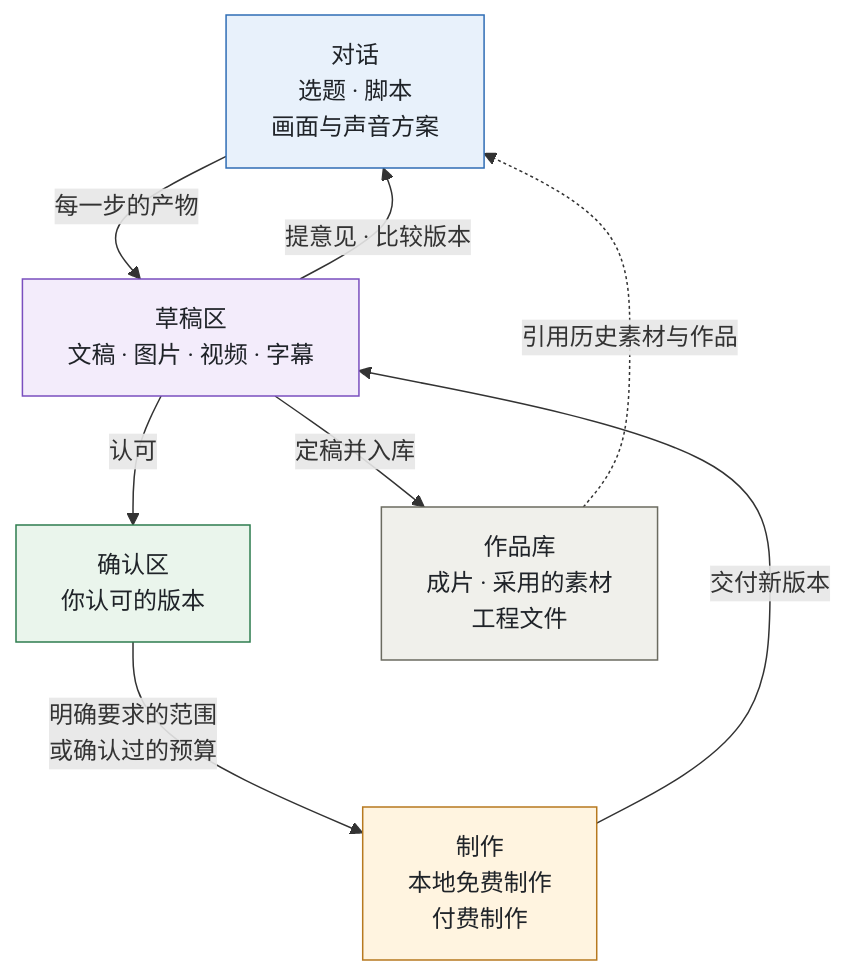
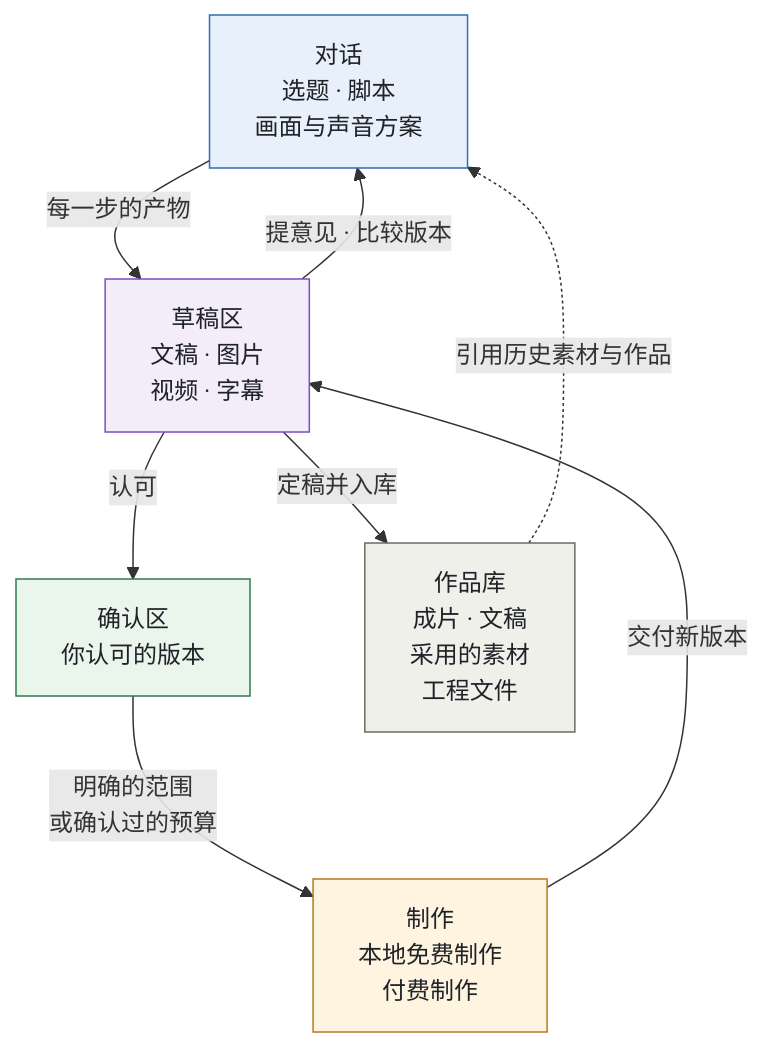
One commit to yaoziyaoguai/video-factory changed the first of 11 diagrams in README.md. Above: the diagram before and after it, drawn with Mermaid. The commit also changed other lines of this file, not shown here.

First line of the commit message:
docs(readme): make the Mermaid diagrams render cleanly on GitHub [skip ci]

````diff
--- a/README.md
+++ b/README.md
@@ -25,27 +25,27 @@
 ```mermaid
 flowchart TB
   CHAT["对话<br/>选题 · 脚本<br/>画面与声音方案"]
-  DRAFT["草稿区<br/>文稿 · 图片 · 视频 · 字幕"]
+  DRAFT["草稿区<br/>文稿 · 图片<br/>视频 · 字幕"]
   CONFIRMED["确认区<br/>你认可的版本"]
   MAKE["制作<br/>本地免费制作<br/>付费制作"]
-  LIBRARY["作品库<br/>成片 · 采用的素材<br/>工程文件"]
+  LIBRARY["作品库<br/>成片 · 文稿<br/>采用的素材<br/>工程文件"]
 
   CHAT -->|"每一步的产物"| DRAFT
   DRAFT -->|"提意见 · 比较版本"| CHAT
   DRAFT -->|"认可"| CONFIRMED
-  CONFIRMED -->|"明确要求的范围<br/>或确认过的预算"| MAKE
+  CONFIRMED -->|"明确的范围<br/>或确认过的预算"| MAKE
   MAKE -->|"交付新版本"| DRAFT
   DRAFT -->|"定稿并入库"| LIBRARY
   LIBRARY -.->|"引用历史素材与作品"| CHAT
 
   classDef cChat fill:#E8F1FB,stroke:#2F6DB5,color:#1F2328
   classDef cWork fill:#F3ECFB,stroke:#7A4FBF,color:#1F2328
   classDef cKeep fill:#EAF5EC,stroke:#2E7D4F,color:#1F2328
   classDef cMake fill:#FFF4E0,stroke:#B7791F,color:#1F2328
   classDef cStore fill:#F0F0EB,stroke:#6B6B60,color:#1F2328
   class CHAT cChat
   class DRAFT cWork
   class CONFIRMED cKeep
   class MAKE cMake
   class LIBRARY cStore
 ```
````
